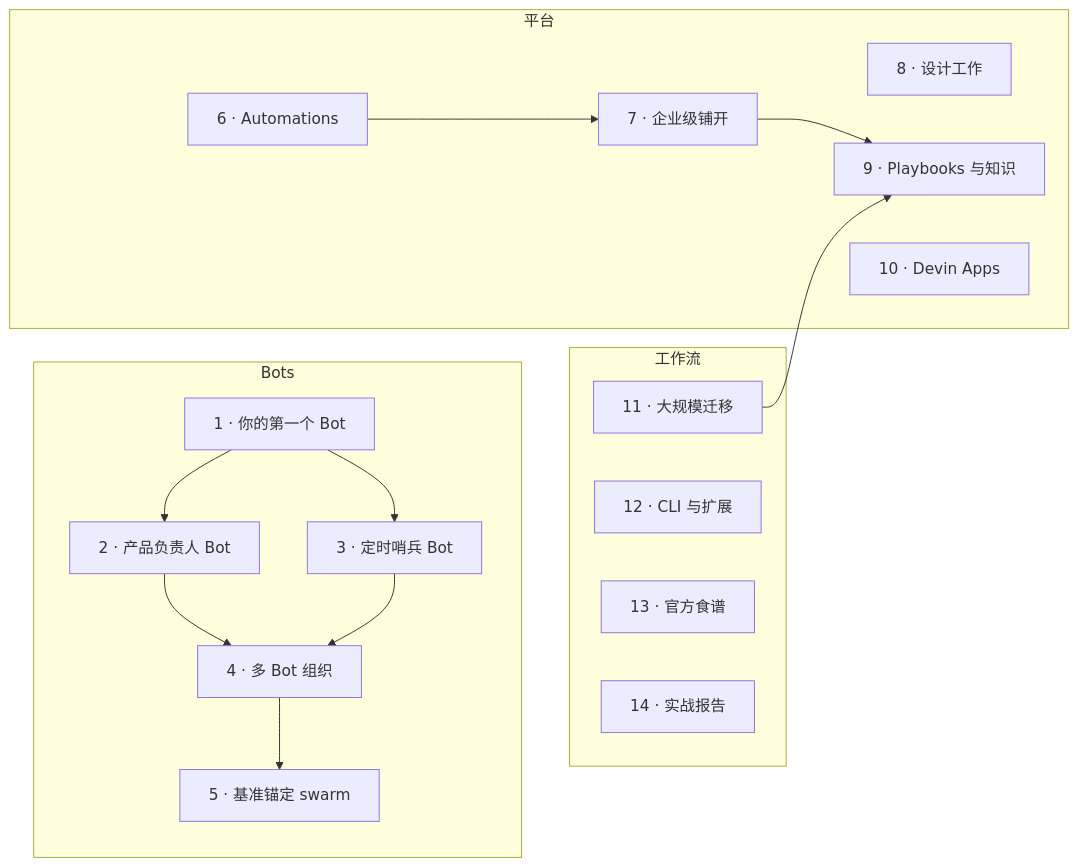
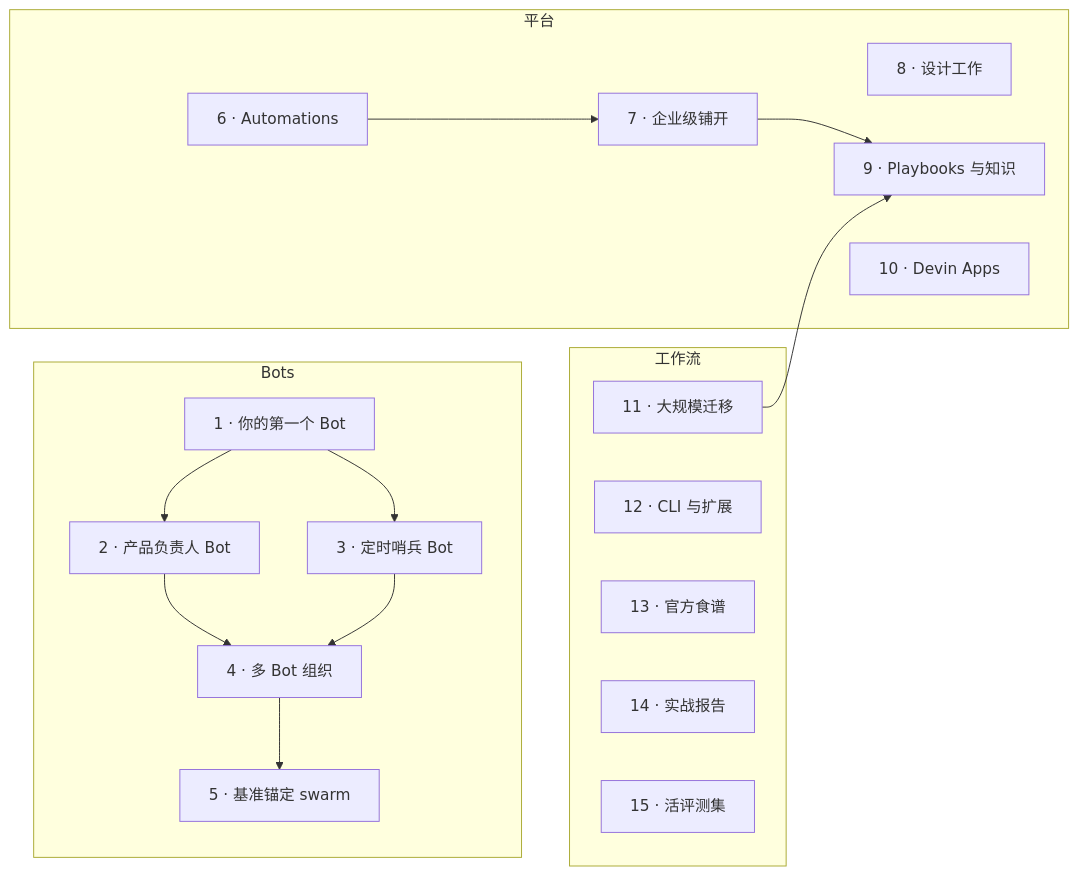
The diagram in README.zh.md (Till3005/build-with-devin), drawn with Mermaid before and after one commit. The commit also changed other lines of this file and 7 other files, not shown here.

Commit message:
Sync infra: tools/sync.py + CI; backfill lang READMEs (guides 15+16, stats, mermaid)

````diff
--- a/README.zh.md
+++ b/README.zh.md
@@ -27,24 +27,25 @@
 ```mermaid
 flowchart LR
     subgraph Bots
       G1["1 · 你的第一个 Bot"] --> G2["2 · 产品负责人 Bot"]
       G1 --> G3["3 · 定时哨兵 Bot"]
       G2 --> G4["4 · 多 Bot 组织"]
       G3 --> G4
       G4 --> G5["5 · 基准锚定 swarm"]
     end
     subgraph 平台
       G6["6 · Automations"] --> G7["7 · 企业级铺开"]
       G8["8 · 设计工作"]
       G9["9 · Playbooks 与知识"]
       G10["10 · Devin Apps"]
     end
     subgraph 工作流
       G11["11 · 大规模迁移"]
       G12["12 · CLI 与扩展"]
       G13["13 · 官方食谱"]
       G14["14 · 实战报告"]
+      G15["15 · 活评测集"]
     end
     G7 --> G9
     G11 --> G9
 ```
````
